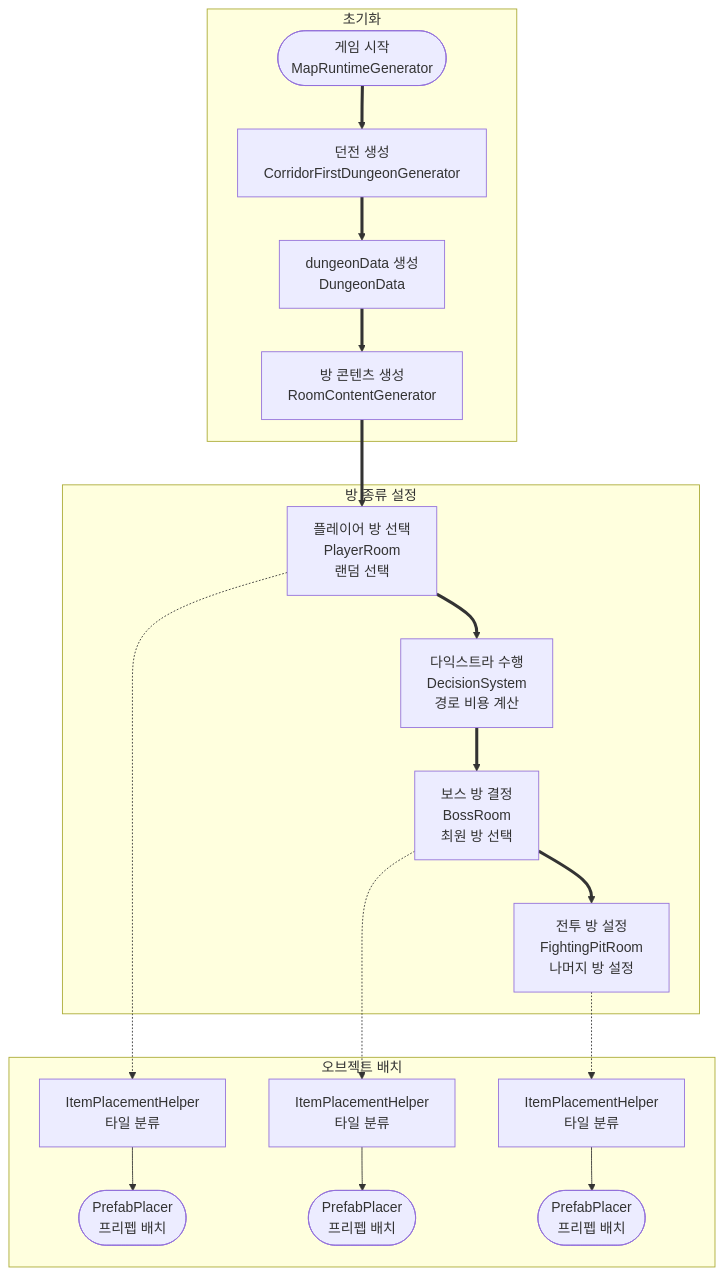
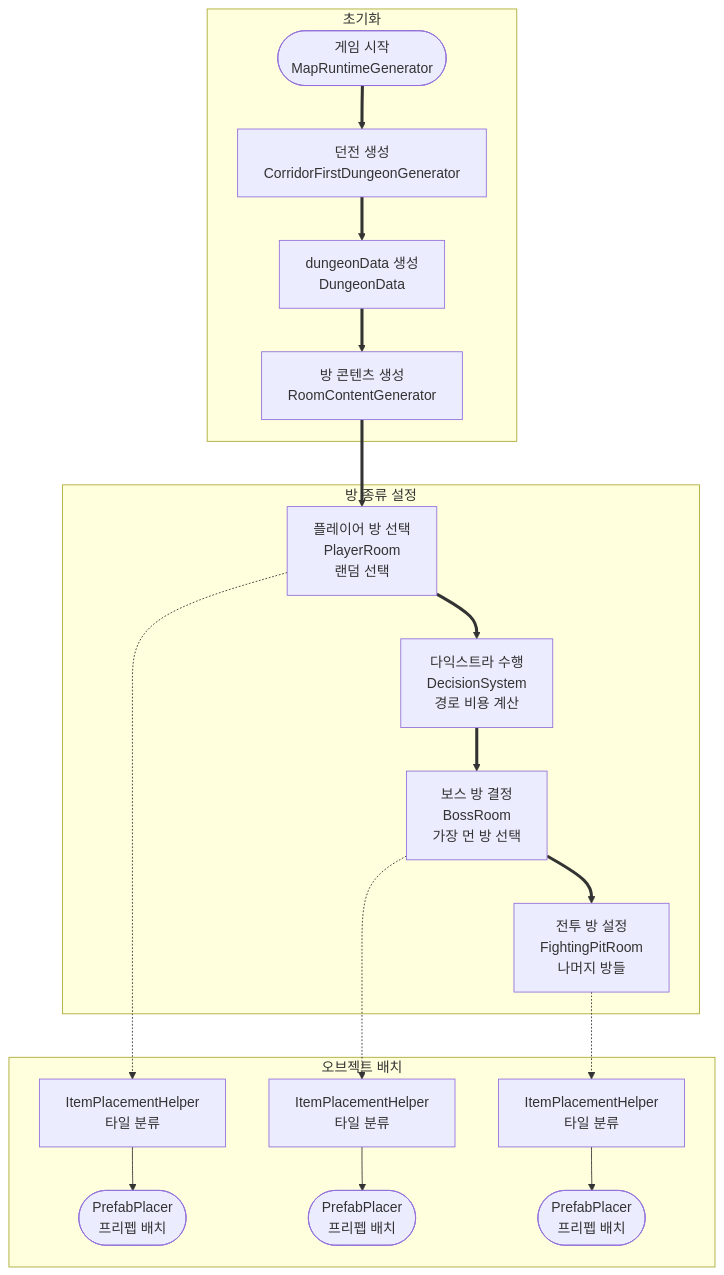
Before and after one commit to sul1074/PlaugeBorn: the diagram in README.md, drawn with Mermaid. The commit also changed other lines of this file, not shown here.

````diff
--- a/README.md
+++ b/README.md
@@ -89,22 +89,22 @@
 ```mermaid
 flowchart TD
     subgraph 초기화
         A([게임 시작<br>MapRuntimeGenerator]) ==> B[던전 생성<br>CorridorFirstDungeonGenerator]
         B ==> C[dungeonData 생성<br>DungeonData]
         C ==> D[방 콘텐츠 생성<br>RoomContentGenerator]
     end
     subgraph 방 종류 설정
         D ==> E1[플레이어 방 선택<br>PlayerRoom<br>랜덤 선택]
         E1 ==> E2[다익스트라 수행<br>DecisionSystem<br>경로 비용 계산]
-        E2 ==> E3[보스 방 결정<br>BossRoom<br>최원 방 선택]
-        E3 ==> E4[전투 방 설정<br>FightingPitRoom<br>나머지 방 설정]
+        E2 ==> E3[보스 방 결정<br>BossRoom<br>가장 먼 방 선택]
+        E3 ==> E4[전투 방 설정<br>FightingPitRoom<br>나머지 방들]
     end
     subgraph 오브젝트 배치
         E1 -.-> F1[ItemPlacementHelper<br>타일 분류]
         E3 -.-> F2[ItemPlacementHelper<br>타일 분류]
         E4 -.-> F3[ItemPlacementHelper<br>타일 분류]
         F1 --> G1([PrefabPlacer<br>프리펩 배치])
         F2 --> G2([PrefabPlacer<br>프리펩 배치])
         F3 --> G3([PrefabPlacer<br>프리펩 배치])
     end
 ```
````
